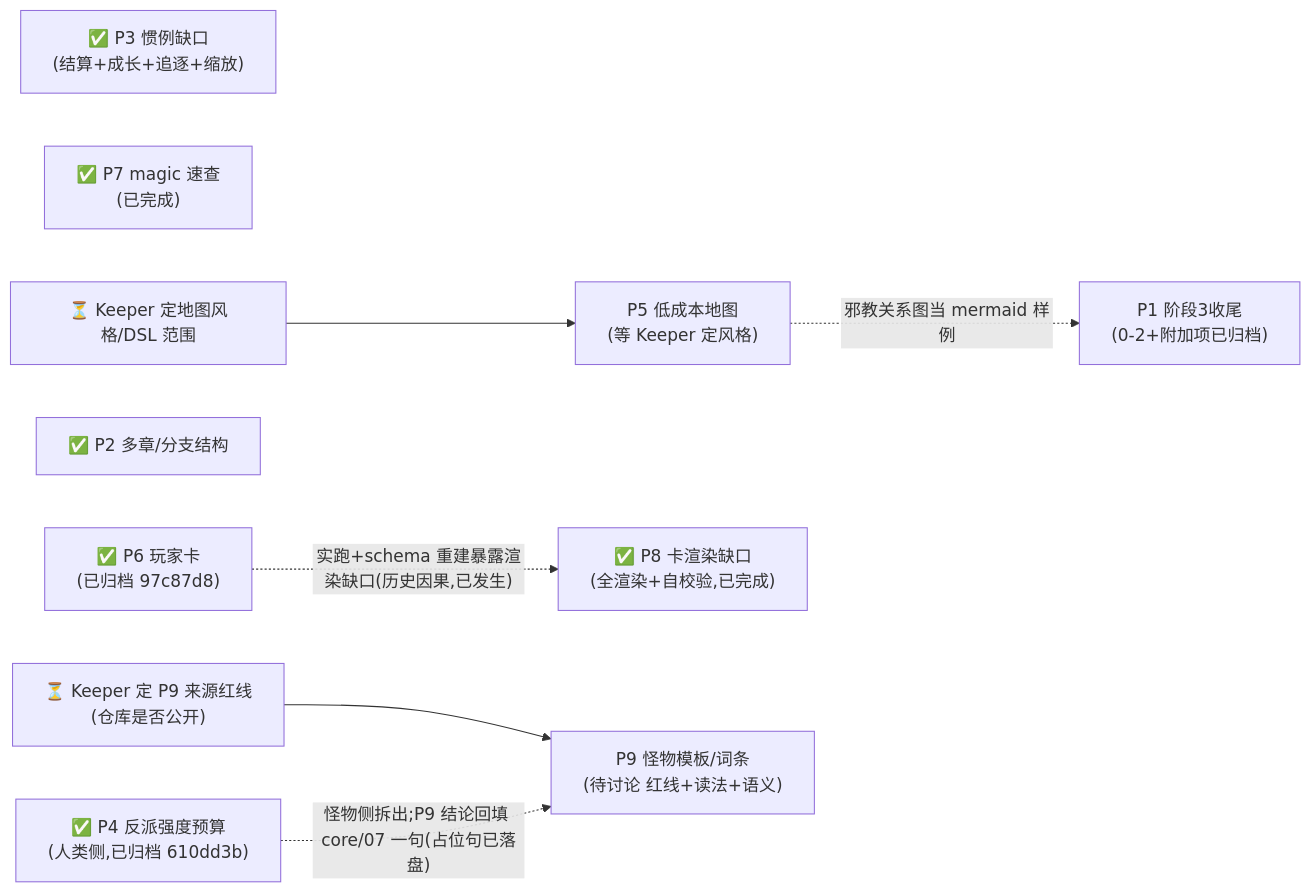
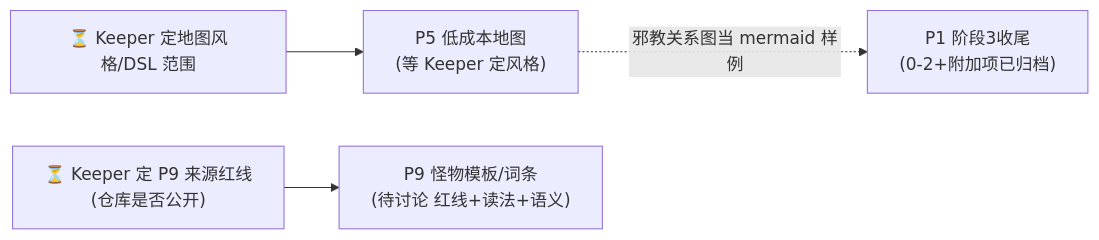
Before and after one commit to Mzihong/coc-keeper-kit: the diagram in update_plan/README.md, drawn with Mermaid. The commit also changed other lines of this file and 2 other files, not shown here.

````diff
--- a/update_plan/README.md
+++ b/update_plan/README.md
@@ -29,22 +26,12 @@
 ```mermaid
 graph LR
-    P3["✅ P3 惯例缺口<br/>(结算+成长+追逐+缩放)"]
-    P7["✅ P7 magic 速查<br/>(已完成)"]
     P5["P5 低成本地图<br/>(等 Keeper 定风格)"]
-    P6["✅ P6 玩家卡<br/>(已归档 97c87d8)"]
     P1a["P1 阶段3收尾<br/>(0-2+附加项已归档)"]
-    P2["✅ P2 多章/分支结构"]
-    P4["✅ P4 反派强度预算<br/>(人类侧,已归档 610dd3b)"]
-    P8["✅ P8 卡渲染缺口<br/>(全渲染+自校验,已完成)"]
     P9["P9 怪物模板/词条<br/>(待讨论 红线+读法+语义)"]
     KeeperMap["⏳ Keeper 定地图风格/DSL 范围"]
     KeeperRed["⏳ Keeper 定 P9 来源红线<br/>(仓库是否公开)"]
 
     KeeperMap --> P5
     KeeperRed --> P9
-    P4 -.怪物侧拆出;P9 结论回填 core/07 一句(占位句已落盘).-> P9
-    P6 -.实跑+schema 重建暴露渲染缺口(历史因果,已发生).-> P8
     P5 -.邪教关系图当 mermaid 样例.-> P1a
-    P2
-    P3
 ```
````
